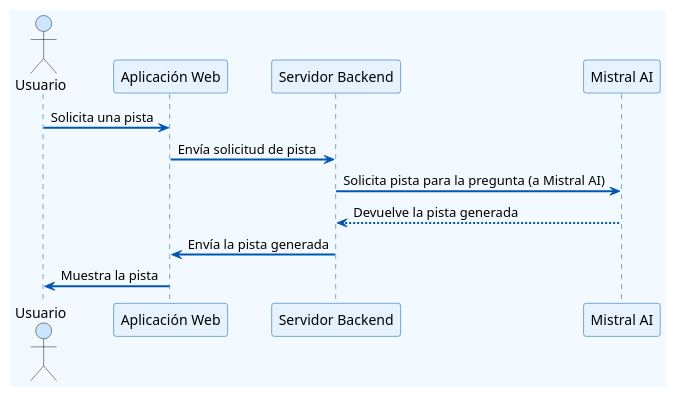
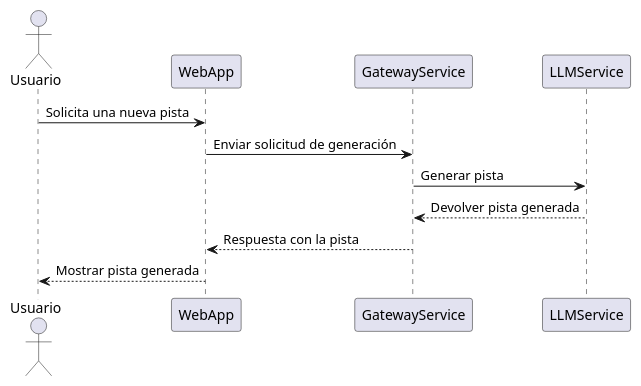
The fourth of 5 diagrams in docs/src/06_runtime_view.adoc (Arquisoft/wichat_es5b), drawn with PlantUML before and after one commit. The commit also changed other lines of this file, not shown here.

Commit message:
Corregidos los diagramas de secuencia

```diff
--- a/docs/src/06_runtime_view.adoc
+++ b/docs/src/06_runtime_view.adoc
@@ -131,27 +141,15 @@
 [plantuml,"Generacion de pista",png]
 ----
 @startuml
-skinparam backgroundColor #F2F9FF
-skinparam sequence {
-    ActorBackgroundColor #CCE5FF
-    ParticipantBackgroundColor #E6F3FF
-    ParticipantBorderColor #0056B3
-    LifeLineBorderColor #0056B3
-    LifeLineBackgroundColor #CCE5FF
-    ArrowColor #0056B3
-    ArrowThickness 2
-}
 
 actor Usuario
-participant "Aplicación Web" as Aplicacion_Web
-participant "Servidor Backend" as Servidor_Backend
-participant "Mistral AI" as LLM
 
-Usuario -> Aplicacion_Web : Solicita una pista
-Aplicacion_Web -> Servidor_Backend : Envía solicitud de pista
-Servidor_Backend -> LLM : Solicita pista para la pregunta (a Mistral AI)
-LLM --> Servidor_Backend : Devuelve la pista generada
-Servidor_Backend -> Aplicacion_Web : Envía la pista generada
-Aplicacion_Web -> Usuario : Muestra la pista
+Usuario -> WebApp: Solicita una nueva pista
+WebApp -> GatewayService: Enviar solicitud de generación
+GatewayService -> LLMService: Generar pista
+LLMService --> GatewayService: Devolver pista generada
+GatewayService --> WebApp: Respuesta con la pista
+WebApp --> Usuario: Mostrar pista generada
+
 @enduml
 ----
```
